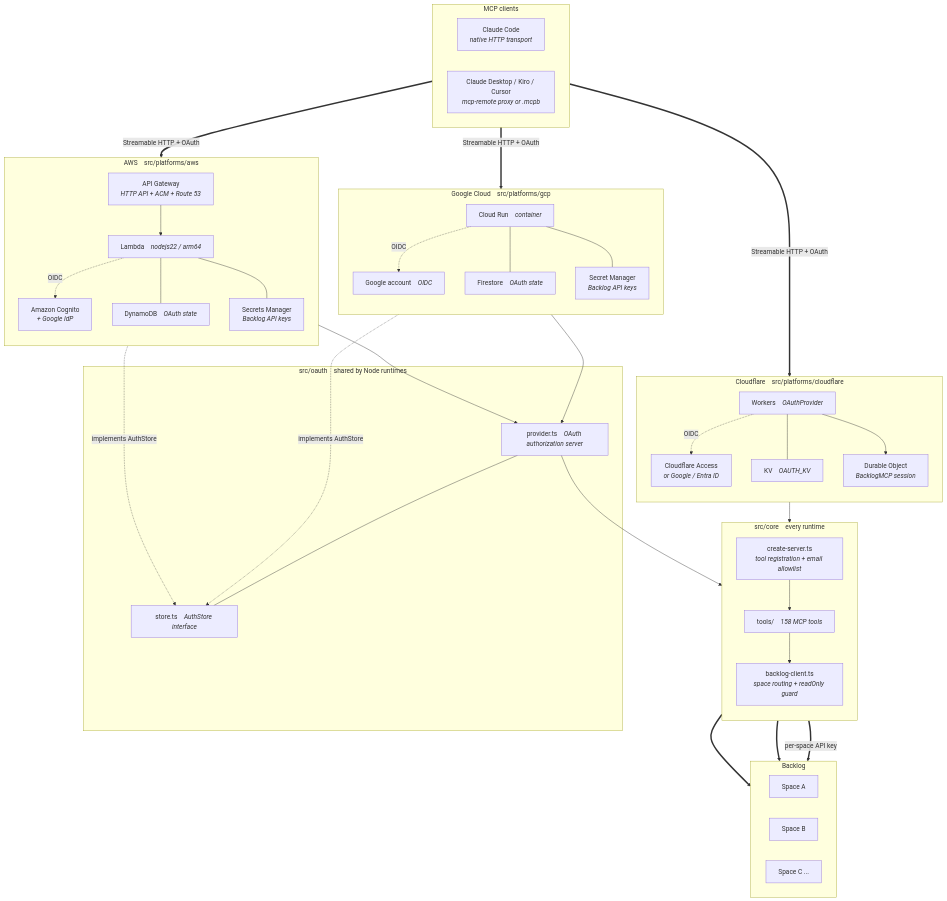
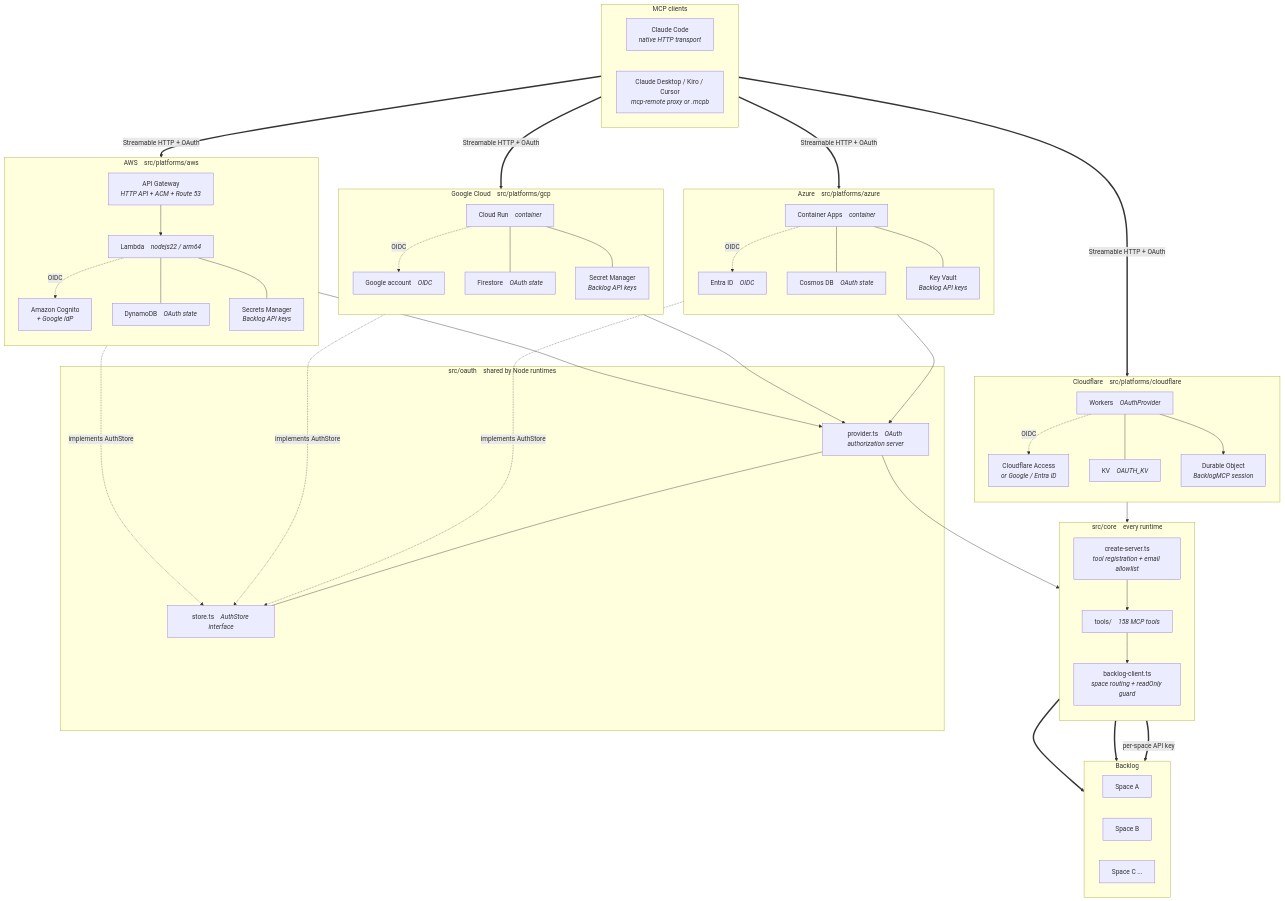
The first of 2 diagrams in README.md (midnight480/backlog-remote-mcp-server), drawn with Mermaid before and after one commit. The commit also changed other lines of this file and 14 other files, not shown here.

First line of the commit message:
feat: Microsoft Azure (Container Apps) へのデプロイに対応する

```diff
--- a/README.md
+++ b/README.md
@@ -202,6 +203,17 @@
         RUN --- GSM
     end
 
+    subgraph azure["Azure &nbsp;&nbsp; src/platforms/azure"]
+        direction TB
+        ACA["Container Apps &nbsp;&nbsp; <i>container</i>"]
+        ENT["Entra ID &nbsp;&nbsp; <i>OIDC</i>"]
+        COS["Cosmos DB &nbsp;&nbsp; <i>OAuth state</i>"]
+        AKV["Key Vault<br/><i>Backlog API keys</i>"]
+        ACA -. "OIDC" .-> ENT
+        ACA --- COS
+        ACA --- AKV
+    end
+
     subgraph oauth["src/oauth &nbsp;&nbsp; shared by Node runtimes"]
         OP["provider.ts &nbsp;&nbsp; <i>OAuth authorization server</i>"]
         OS["store.ts &nbsp;&nbsp; <i>AuthStore interface</i>"]
@@ -226,12 +238,15 @@
     clients == "Streamable HTTP + OAuth" ==> CFW
     clients == "Streamable HTTP + OAuth" ==> APIGW
     clients == "Streamable HTTP + OAuth" ==> RUN
+    clients == "Streamable HTTP + OAuth" ==> ACA
     CFDO --> CS
     LAMBDA --> OP
     RUN --> OP
+    ACA --> OP
     OP --> CS
     DDB -. "implements AuthStore" .-> OS
     FS -. "implements AuthStore" .-> OS
+    COS -. "implements AuthStore" .-> OS
     BC == "per-space API key" ==> BLA
     BC ==> BLB
     BC ==> BLC
```
